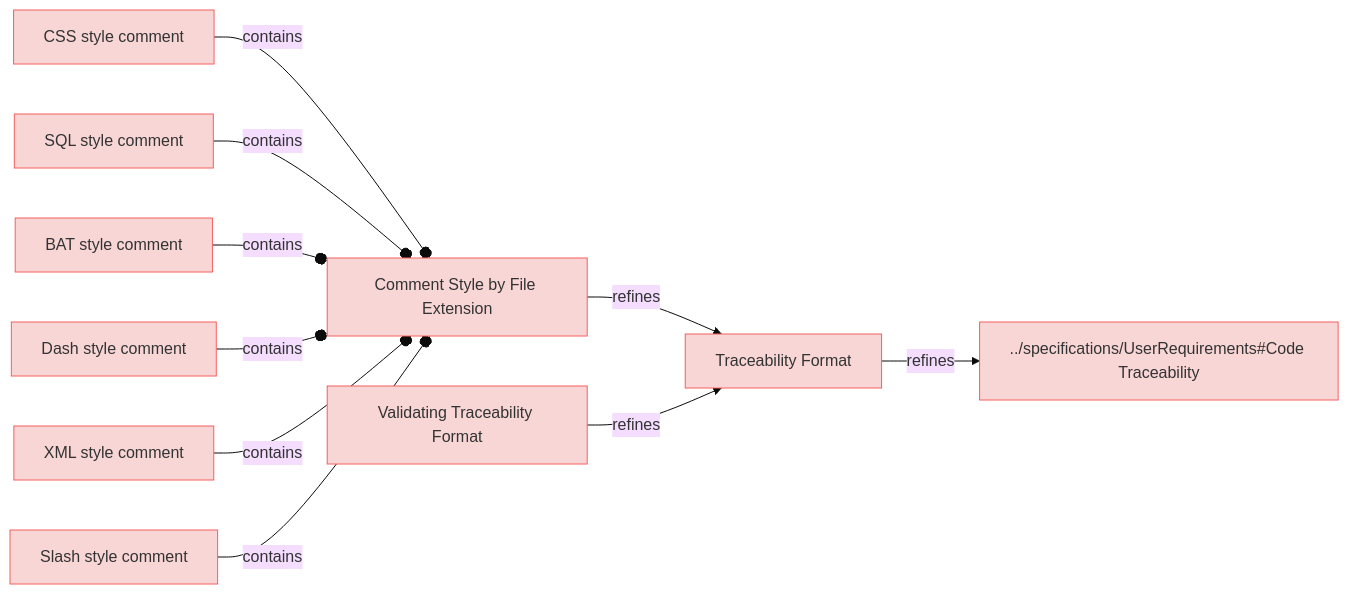
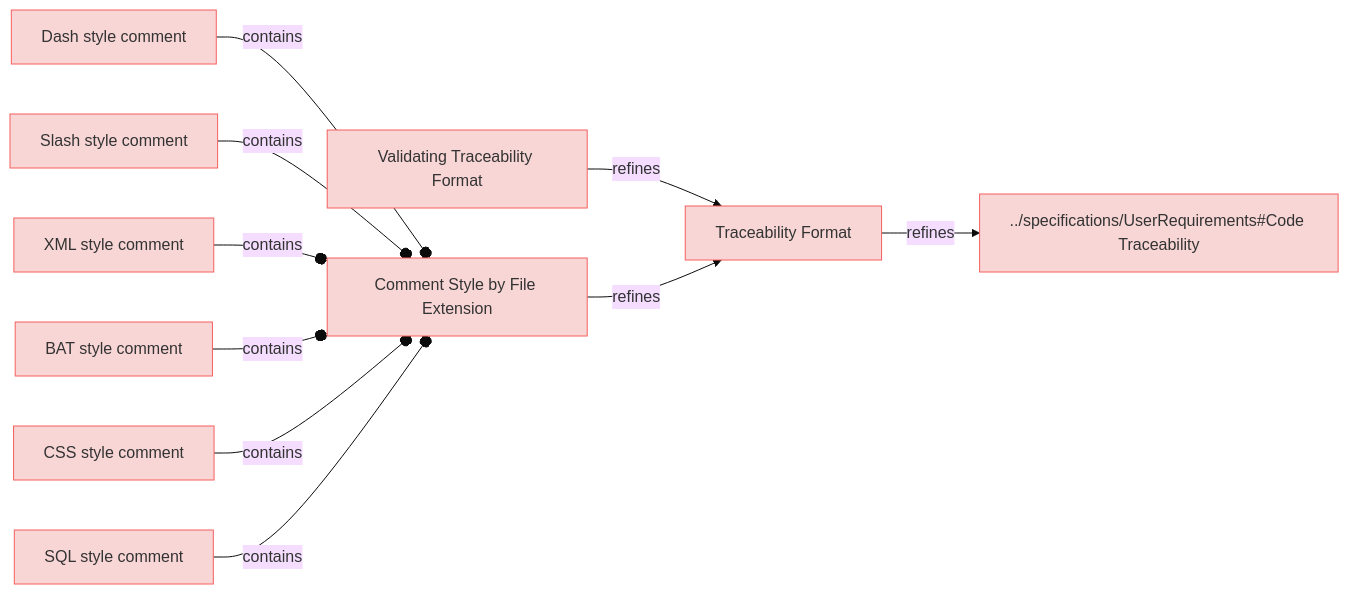
One commit to reqvire-org/reqvire changed the diagram in specifications/CodeTraecabilityRequirements.md. Above: the diagram before and after it, drawn with Mermaid (base theme). The commit also changed other lines of this file and 14 other files, not shown here.

````diff
--- a/specifications/CodeTraecabilityRequirements.md
+++ b/specifications/CodeTraecabilityRequirements.md
@@ -4,48 +4,48 @@
 ```mermaid
 graph LR;
   %% Graph styling
   classDef requirement fill:#f9d6d6,stroke:#f55f5f,stroke-width:1px;
   classDef verification fill:#d6f9d6,stroke:#5fd75f,stroke-width:1px;
   classDef externalLink fill:#d0e0ff,stroke:#3080ff,stroke-width:1px;
   classDef default fill:#f5f5f5,stroke:#333333,stroke-width:1px;
 
+  3db41d3530e56596["Validating Traceability Format"];
+  class 3db41d3530e56596 requirement;
+  click 3db41d3530e56596 "CodeTraecabilityRequirements.md#validating-traceability-format";
   9314736a59776478["Traceability Format"];
   class 9314736a59776478 requirement;
   click 9314736a59776478 "CodeTraecabilityRequirements.md#traceability-format";
+  3db41d3530e56596 -->|refines| 9314736a59776478;
+  be41c3d9e39abe6f["Dash style comment"];
+  class be41c3d9e39abe6f requirement;
+  click be41c3d9e39abe6f "CodeTraecabilityRequirements.md#dash-style-comment";
+  f4c09ad7359812ff["Comment Style by File Extension"];
+  class f4c09ad7359812ff requirement;
+  click f4c09ad7359812ff "CodeTraecabilityRequirements.md#comment-style-by-file-extension";
+  be41c3d9e39abe6f --o|contains| f4c09ad7359812ff;
   26ca72b617aff229["../specifications/UserRequirements#Code Traceability"];
   class 26ca72b617aff229 requirement;
   click 26ca72b617aff229 "UserRequirements.md#code-traceability";
   9314736a59776478 -->|refines| 26ca72b617aff229;
-  f4c09ad7359812ff["Comment Style by File Extension"];
-  class f4c09ad7359812ff requirement;
-  click f4c09ad7359812ff "CodeTraecabilityRequirements.md#comment-style-by-file-extension";
+  99c4cc438042d855["Slash style comment"];
+  class 99c4cc438042d855 requirement;
+  click 99c4cc438042d855 "CodeTraecabilityRequirements.md#slash-style-comment";
+  99c4cc438042d855 --o|contains| f4c09ad7359812ff;
+  474c97b7d0029622["XML style comment"];
+  class 474c97b7d0029622 requirement;
+  click 474c97b7d0029622 "CodeTraecabilityRequirements.md#xml-style-comment";
+  474c97b7d0029622 --o|contains| f4c09ad7359812ff;
+  7fdde6a23819450b["BAT style comment"];
+  class 7fdde6a23819450b requirement;
+  click 7fdde6a23819450b "CodeTraecabilityRequirements.md#bat-style-comment";
+  7fdde6a23819450b --o|contains| f4c09ad7359812ff;
   f4c09ad7359812ff -->|refines| 9314736a59776478;
   a91fc474f292f1c9["CSS style comment"];
   class a91fc474f292f1c9 requirement;
   click a91fc474f292f1c9 "CodeTraecabilityRequirements.md#css-style-comment";
   a91fc474f292f1c9 --o|contains| f4c09ad7359812ff;
   39fc946195c12956["SQL style comment"];
   class 39fc946195c12956 requirement;
   click 39fc946195c12956 "CodeTraecabilityRequirements.md#sql-style-comment";
   39fc946195c12956 --o|contains| f4c09ad7359812ff;
-  7fdde6a23819450b["BAT style comment"];
-  class 7fdde6a23819450b requirement;
-  click 7fdde6a23819450b "CodeTraecabilityRequirements.md#bat-style-comment";
-  7fdde6a23819450b --o|contains| f4c09ad7359812ff;
-  be41c3d9e39abe6f["Dash style comment"];
-  class be41c3d9e39abe6f requirement;
-  click be41c3d9e39abe6f "CodeTraecabilityRequirements.md#dash-style-comment";
-  be41c3d9e39abe6f --o|contains| f4c09ad7359812ff;
-  474c97b7d0029622["XML style comment"];
-  class 474c97b7d0029622 requirement;
-  click 474c97b7d0029622 "CodeTraecabilityRequirements.md#xml-style-comment";
-  474c97b7d0029622 --o|contains| f4c09ad7359812ff;
-  3db41d3530e56596["Validating Traceability Format"];
-  class 3db41d3530e56596 requirement;
-  click 3db41d3530e56596 "CodeTraecabilityRequirements.md#validating-traceability-format";
-  3db41d3530e56596 -->|refines| 9314736a59776478;
-  99c4cc438042d855["Slash style comment"];
-  class 99c4cc438042d855 requirement;
-  click 99c4cc438042d855 "CodeTraecabilityRequirements.md#slash-style-comment";
-  99c4cc438042d855 --o|contains| f4c09ad7359812ff;
 ```
````
